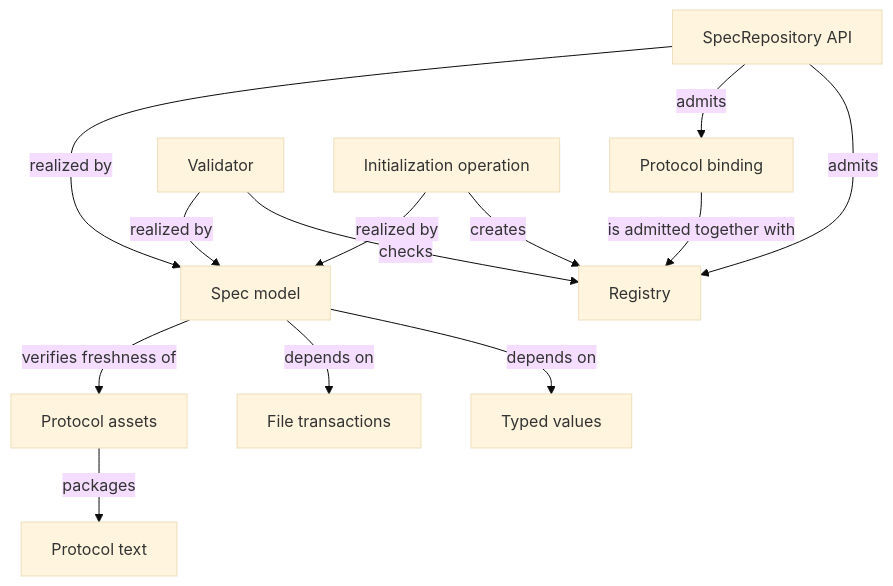
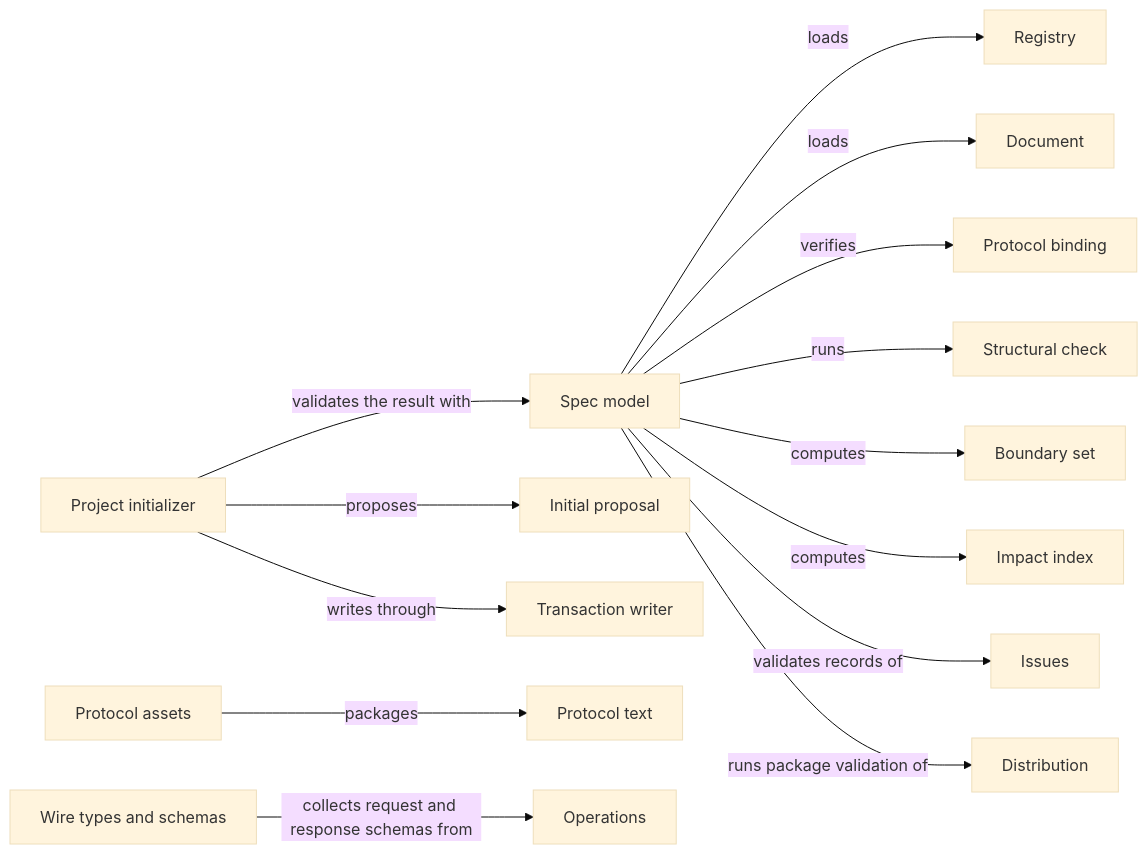
Before and after one commit to FTOD/concorde: the diagram in specs/concorde/spec/module.md, drawn with Mermaid (base theme). The commit also changed other lines of this file and 370 other files, not shown here.

First line of the commit message:
Rewrite Concorde's Specs and Spec tooling for Protocol 11

````diff
--- a/specs/concorde/spec/module.md
+++ b/specs/concorde/spec/module.md
@@ -88,27 +241,18 @@
 ```mermaid
-flowchart TB
-    accTitle: Spec entities and relationships
-    accDescr: A pinned Protocol binding and the explicit Registry are admitted together. The SpecRepository API, the Validator and the Initialization operation are interfaces realized by the Spec model program, which depends on the shared Typed values and File transactions programs and verifies the freshness of the packaged Protocol assets, themselves built from the authored Protocol text.
-    registry["Registry"]
-    binding["Protocol binding"]
-    repositoryApi["SpecRepository API"]
-    validator["Validator"]
-    initOperation["Initialization operation"]
-    specModel["Spec model"]
-    typedValues["Typed values"]
-    fileTransactions["File transactions"]
-    protocolText["Protocol text"]
-    protocolAssets["Protocol assets"]
-    binding -->|is admitted together with| registry
-    repositoryApi -->|admits| registry
-    repositoryApi -->|admits| binding
-    validator -->|checks| registry
-    initOperation -->|creates| registry
-    repositoryApi -->|realized by| specModel
-    validator -->|realized by| specModel
-    initOperation -->|realized by| specModel
-    specModel -->|depends on| typedValues
-    specModel -->|depends on| fileTransactions
-    specModel -->|verifies freshness of| protocolAssets
-    protocolAssets -->|packages| protocolText
+flowchart LR
+    accTitle: Spec tooling relationships
+    accDescr: The Spec model loads the registry and documents, verifies the Protocol binding, runs structural checks and computes boundary sets and impact indexes. The Project initializer proposes an initial proposal, writes through the Transaction writer and validates with the Spec model. Protocol assets package the Protocol text. Wire types and schemas collect schemas from Operations.
+    Model[Spec model] -->|loads| Registry[Registry]
+    Model -->|loads| Document[Document]
+    Model -->|verifies| Binding[Protocol binding]
+    Model -->|runs| Check[Structural check]
+    Model -->|computes| Sets[Boundary set]
+    Model -->|computes| Impact[Impact index]
+    Model -->|validates records of| Issues[Issues]
+    Model -->|runs package validation of| Distribution[Distribution]
+    Init[Project initializer] -->|proposes| Proposal[Initial proposal]
+    Init -->|writes through| Writer[Transaction writer]
+    Init -->|validates the result with| Model
+    Assets[Protocol assets] -->|packages| Text[Protocol text]
+    Wire[Wire types and schemas] -->|collects request and response schemas from| Operations[Operations]
 ```
````
